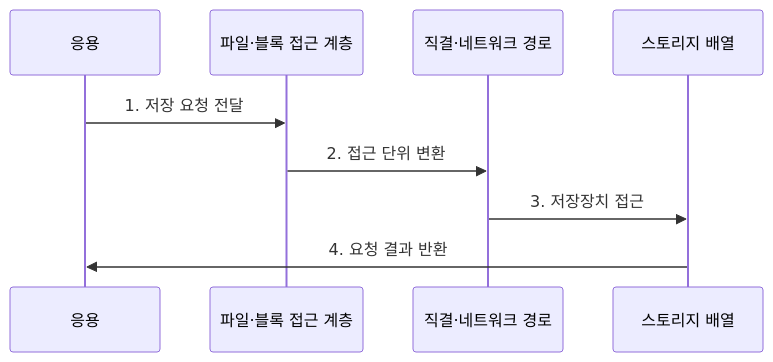
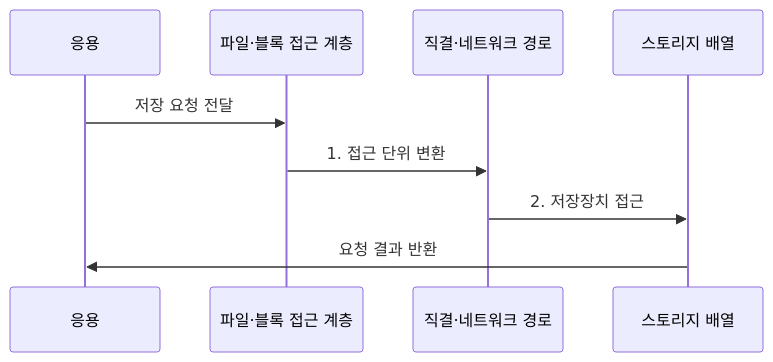
Before and after one commit to agnusdei1207/knowledge-base: the second of 2 diagrams in src/content/docs/notes/02-hardware/080_storage_das_nas_san.md, drawn with Mermaid. The commit also changed other lines of this file and 19 other files, not shown here.

````diff
--- a/src/content/docs/notes/02-hardware/080_storage_das_nas_san.md
+++ b/src/content/docs/notes/02-hardware/080_storage_das_nas_san.md
@@ -94,12 +97,12 @@
 ```mermaid
 sequenceDiagram
     participant A as 응용
     participant F as 파일·블록 접근 계층
     participant P as 직결·네트워크 경로
     participant S as 스토리지 배열
 
-    A->>F: 1. 저장 요청 전달
-    F->>P: 2. 접근 단위 변환
-    P->>S: 3. 저장장치 접근
-    S->>A: 4. 요청 결과 반환
+    A->>F: 저장 요청 전달
+    F->>P: 1. 접근 단위 변환
+    P->>S: 2. 저장장치 접근
+    S->>A: 요청 결과 반환
 ```
````
